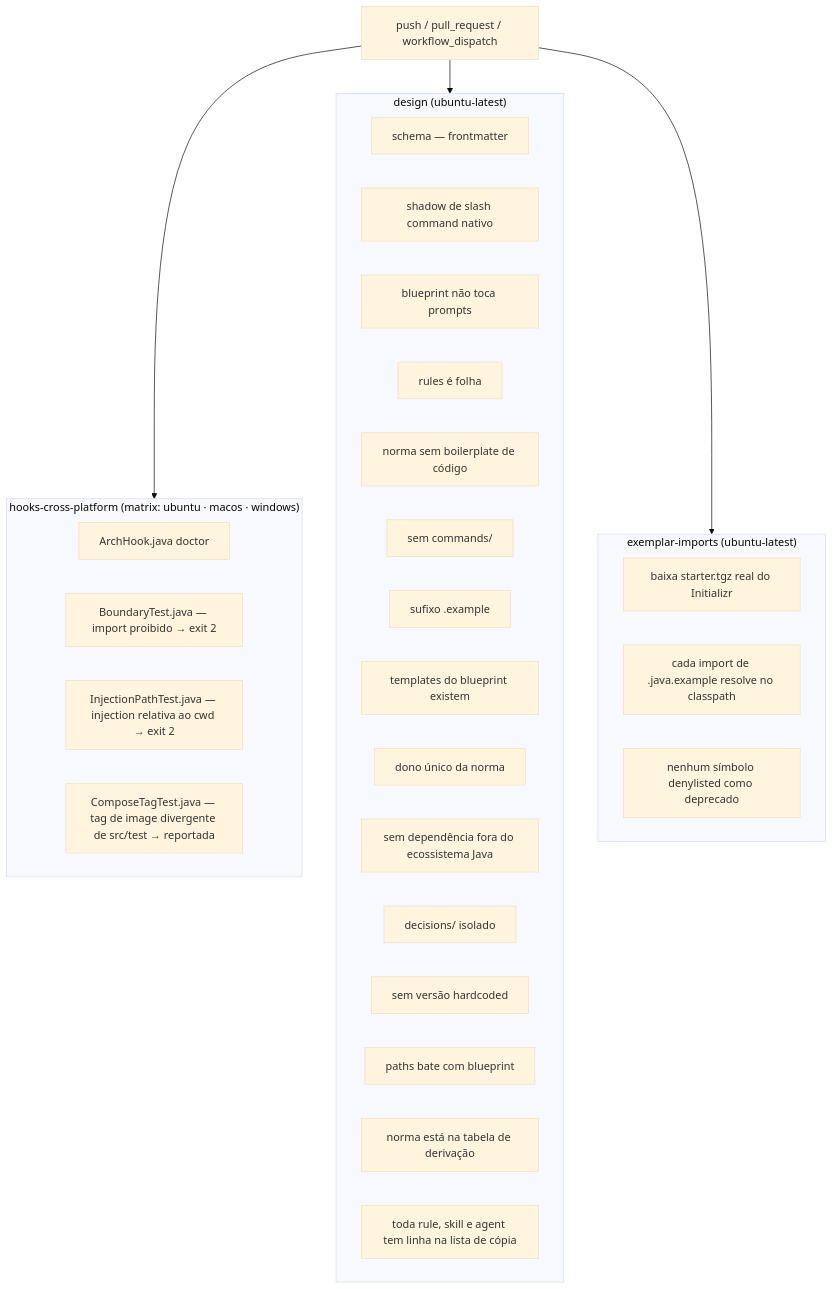
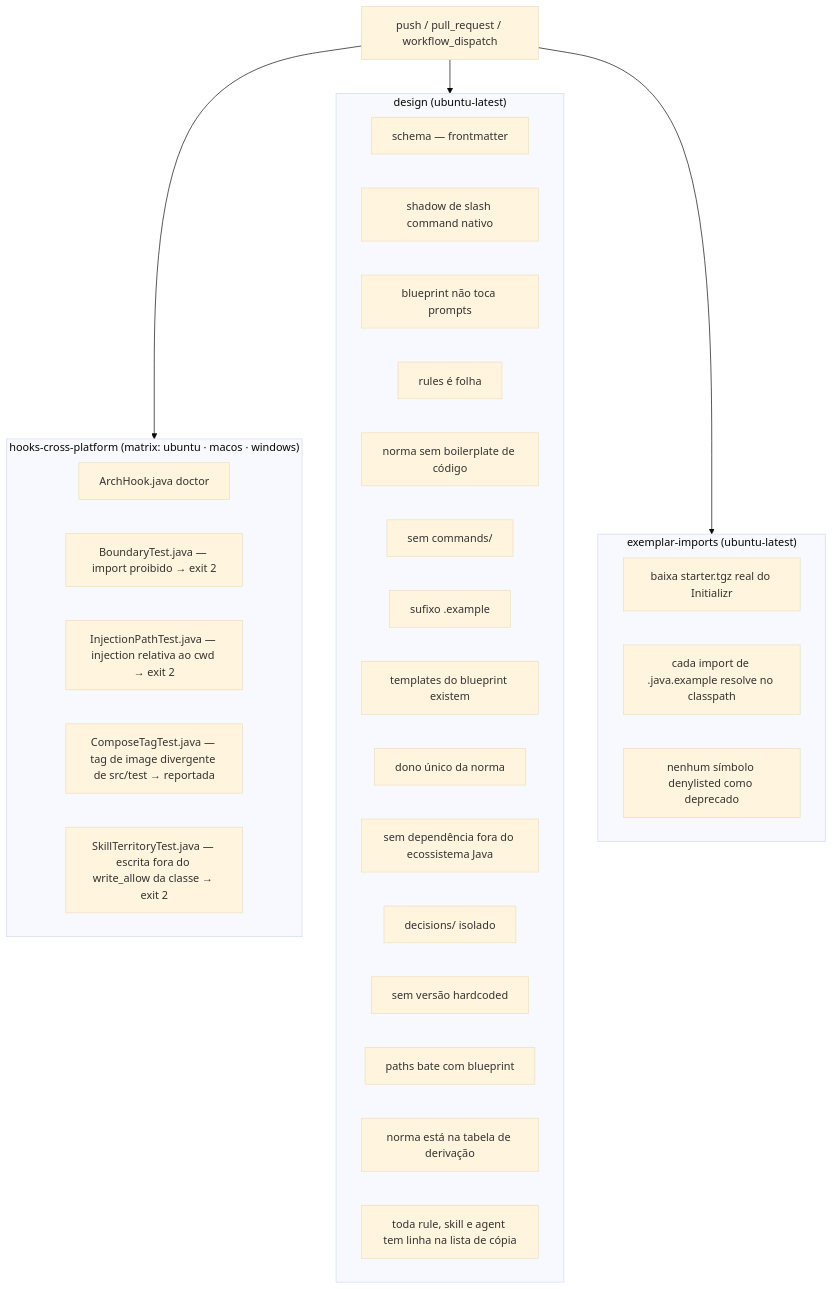
One commit to ice-lfernandes/claude-spring-architect changed the diagram in docs/07-ci-validate.md. Above: the diagram before and after it, drawn with Mermaid (base theme). The commit also changed other lines of this file and 22 other files, not shown here.

````diff
--- a/docs/07-ci-validate.md
+++ b/docs/07-ci-validate.md
@@ -17,37 +17,38 @@
 ```mermaid
 flowchart TD
     T[push / pull_request / workflow_dispatch] --> J1
     T --> J2
     T --> J3
 
     subgraph J1["hooks-cross-platform (matrix: ubuntu · macos · windows)"]
         H1[ArchHook.java doctor]
         H2[BoundaryTest.java — import proibido → exit 2]
         H3[InjectionPathTest.java — injection relativa ao cwd → exit 2]
         H4[ComposeTagTest.java — tag de image divergente de src/test → reportada]
+        H5[SkillTerritoryTest.java — escrita fora do write_allow da classe → exit 2]
     end
 
     subgraph J2["design (ubuntu-latest)"]
         D1[schema — frontmatter]
         D3[shadow de slash command nativo]
         D4[blueprint não toca prompts]
         D5[rules é folha]
         D6[norma sem boilerplate de código]
         D7[sem commands/]
         D8[sufixo .example]
         D9[templates do blueprint existem]
         D10[dono único da norma]
         D11[sem dependência fora do ecossistema Java]
         D12[decisions/ isolado]
         D13[sem versão hardcoded]
         D14[paths bate com blueprint]
         D15[norma está na tabela de derivação]
         D16[toda rule, skill e agent tem linha na lista de cópia]
     end
 
     subgraph J3["exemplar-imports (ubuntu-latest)"]
         E1[baixa starter.tgz real do Initializr]
         E2[cada import de .java.example resolve no classpath]
         E3[nenhum símbolo denylisted como deprecado]
     end
 ```
````
